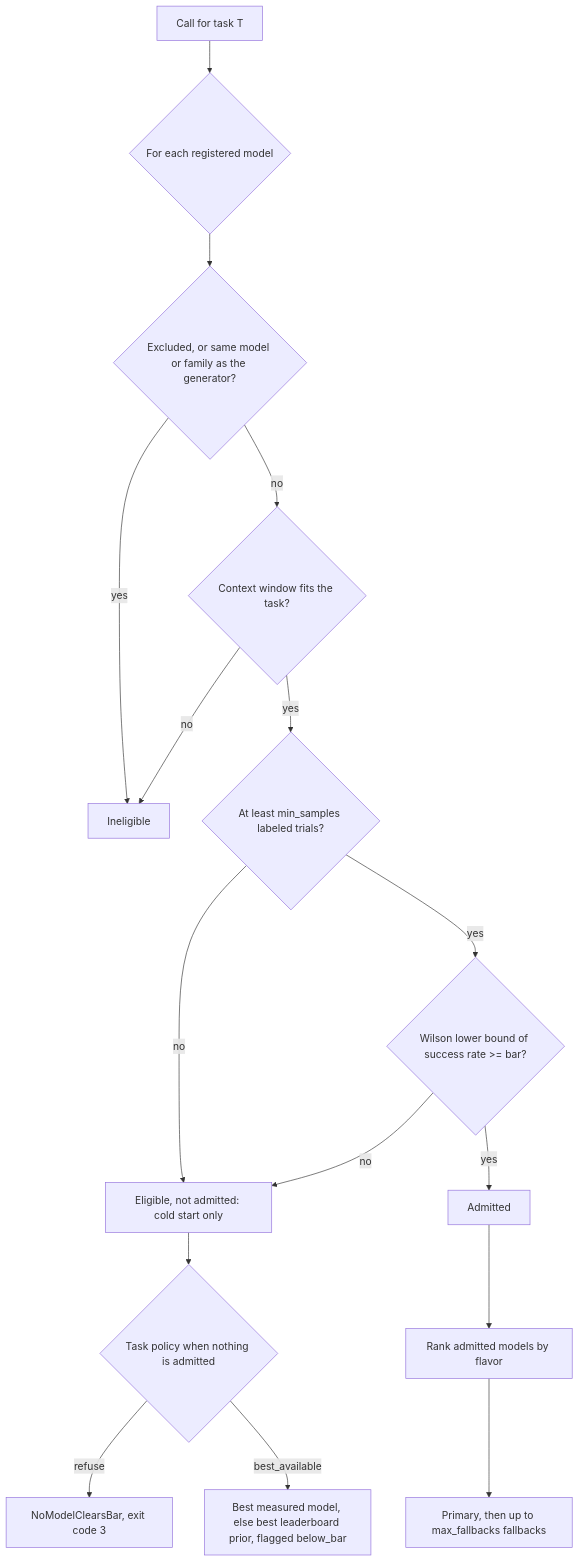
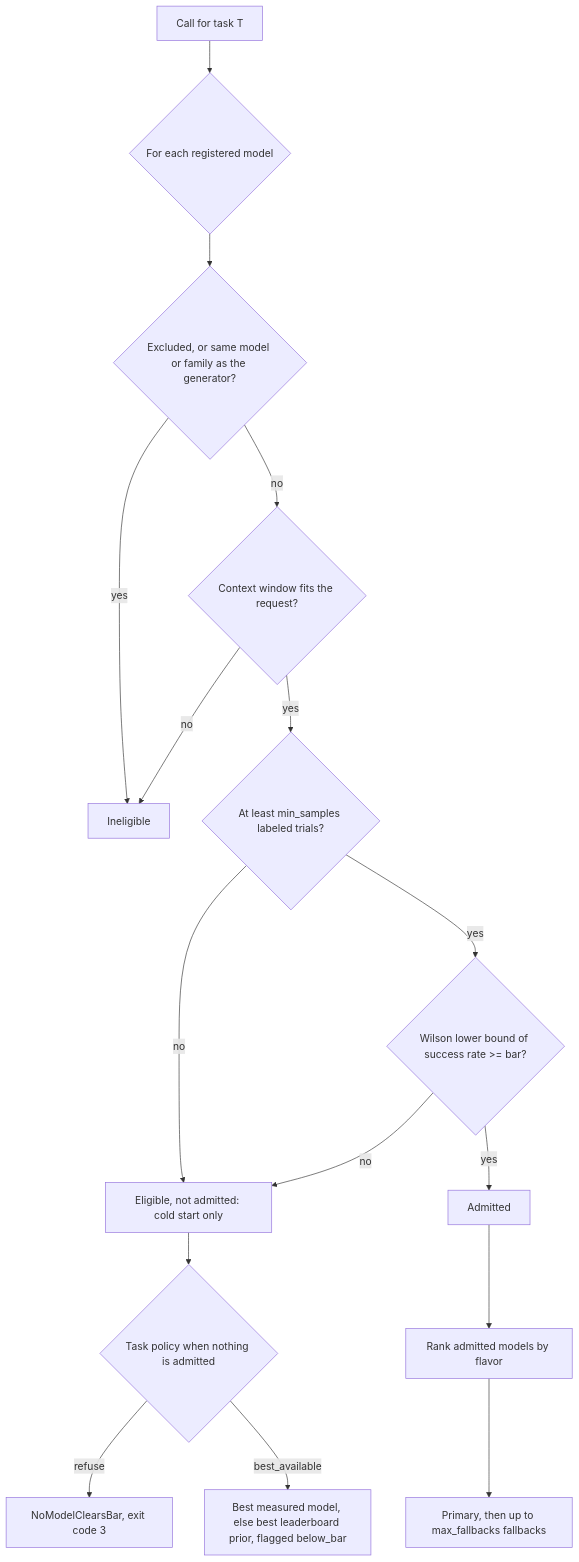
The diagram in README.md (jeffma8888/ai-model-routing), drawn with Mermaid before and after one commit. The commit also changed other lines of this file and 10 other files, not shown here.

````diff
--- a/README.md
+++ b/README.md
@@ -39,18 +39,18 @@
 ```mermaid
 flowchart TD
     A[Call for task T] --> B{For each registered model}
     B --> C{Excluded, or same model or family as the generator?}
     C -- yes --> X[Ineligible]
-    C -- no --> D{Context window fits the task?}
+    C -- no --> D{Context window fits the request?}
     D -- no --> X
     D -- yes --> E{At least min_samples labeled trials?}
     E -- no --> P[Eligible, not admitted: cold start only]
     E -- yes --> F{"Wilson lower bound of success rate >= bar?"}
     F -- no --> P
     F -- yes --> G[Admitted]
     G --> H[Rank admitted models by flavor]
     H --> I["Primary, then up to max_fallbacks fallbacks"]
     P --> J{Task policy when nothing is admitted}
     J -- refuse --> K[NoModelClearsBar, exit code 3]
     J -- best_available --> L[Best measured model, else best leaderboard prior, flagged below_bar]
 ```
````
